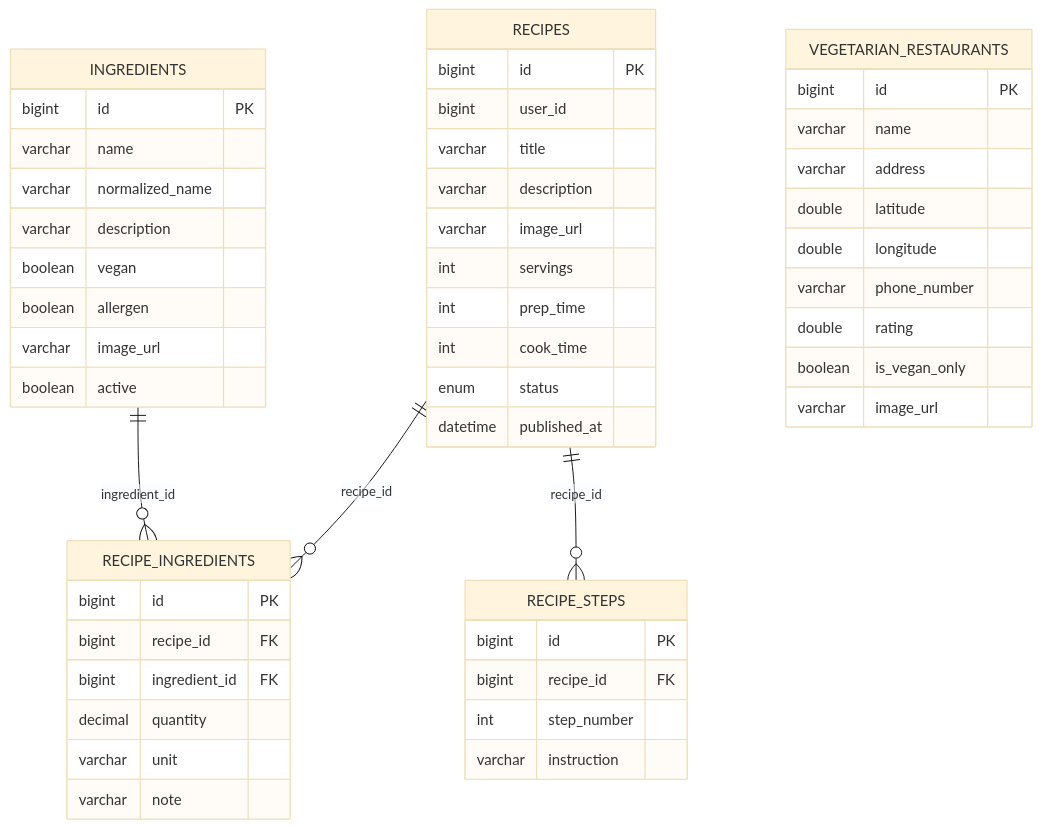
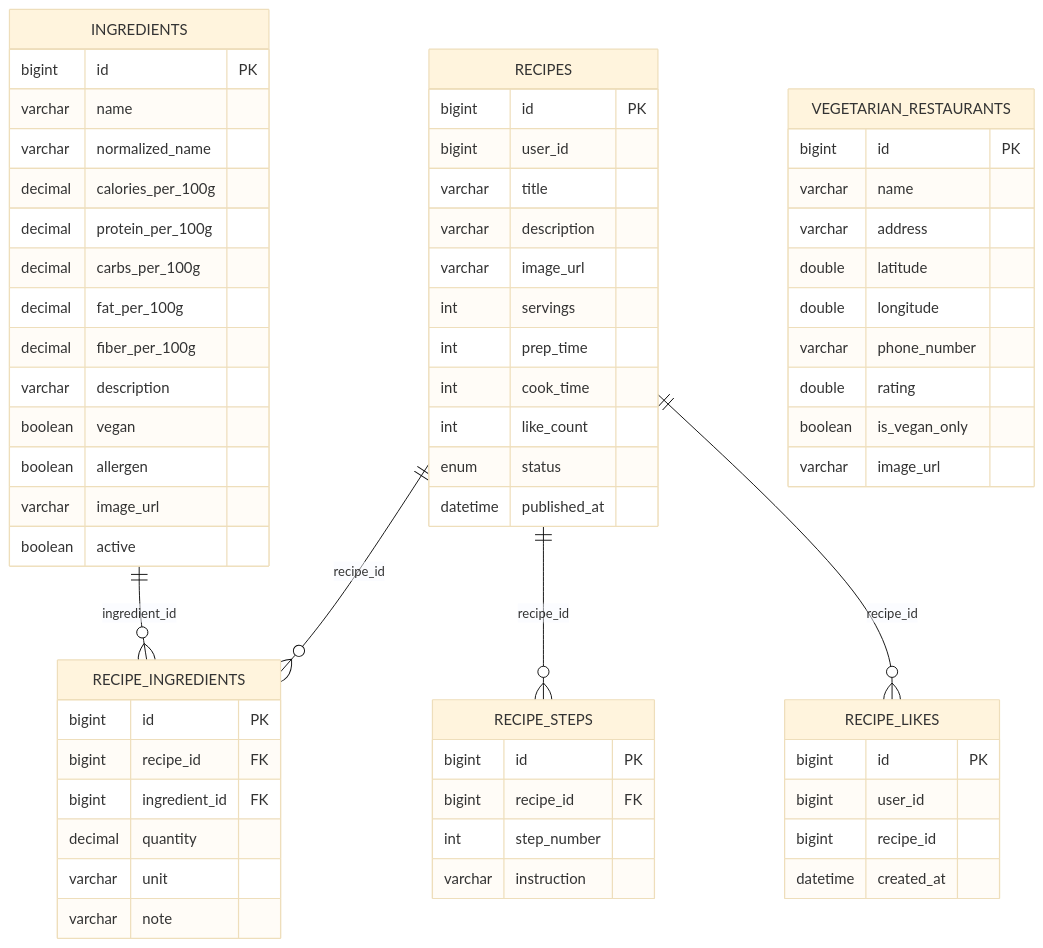
One commit to Phu0312/VeggiePal-Microservice changed the ninth of 19 diagrams in docs/PRM_CAPSTONE.md. Above: the diagram before and after it, drawn with Mermaid (base theme). The commit also changed other lines of this file and 170 other files, not shown here.

````diff
--- a/docs/PRM_CAPSTONE.md
+++ b/docs/PRM_CAPSTONE.md
@@ -605,53 +686,66 @@
 ```mermaid
 erDiagram
     RECIPES {
         bigint id PK
         bigint user_id
         varchar title
         varchar description
         varchar image_url
         int servings
         int prep_time
         int cook_time
+        int like_count
         enum status
         datetime published_at
     }
     INGREDIENTS {
         bigint id PK
         varchar name
         varchar normalized_name
+        decimal calories_per_100g
+        decimal protein_per_100g
+        decimal carbs_per_100g
+        decimal fat_per_100g
+        decimal fiber_per_100g
         varchar description
         boolean vegan
         boolean allergen
         varchar image_url
         boolean active
     }
     RECIPE_INGREDIENTS {
         bigint id PK
         bigint recipe_id FK
         bigint ingredient_id FK
         decimal quantity
         varchar unit
         varchar note
     }
     RECIPE_STEPS {
         bigint id PK
         bigint recipe_id FK
         int step_number
         varchar instruction
     }
+    RECIPE_LIKES {
+        bigint id PK
+        bigint user_id
+        bigint recipe_id
+        datetime created_at
+    }
     VEGETARIAN_RESTAURANTS {
         bigint id PK
         varchar name
         varchar address
         double latitude
         double longitude
         varchar phone_number
         double rating
         boolean is_vegan_only
         varchar image_url
     }
     RECIPES ||--o{ RECIPE_INGREDIENTS : "recipe_id"
     INGREDIENTS ||--o{ RECIPE_INGREDIENTS : "ingredient_id"
     RECIPES ||--o{ RECIPE_STEPS : "recipe_id"
+    RECIPES ||--o{ RECIPE_LIKES : "recipe_id"
 ```
````
